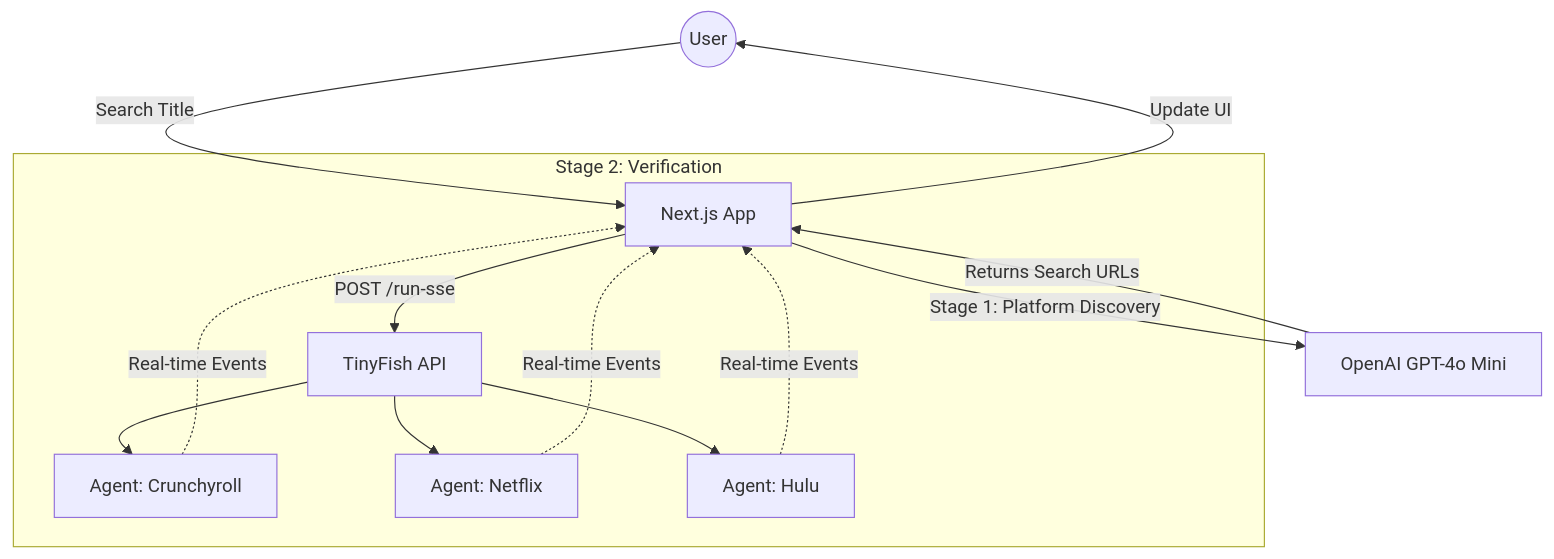
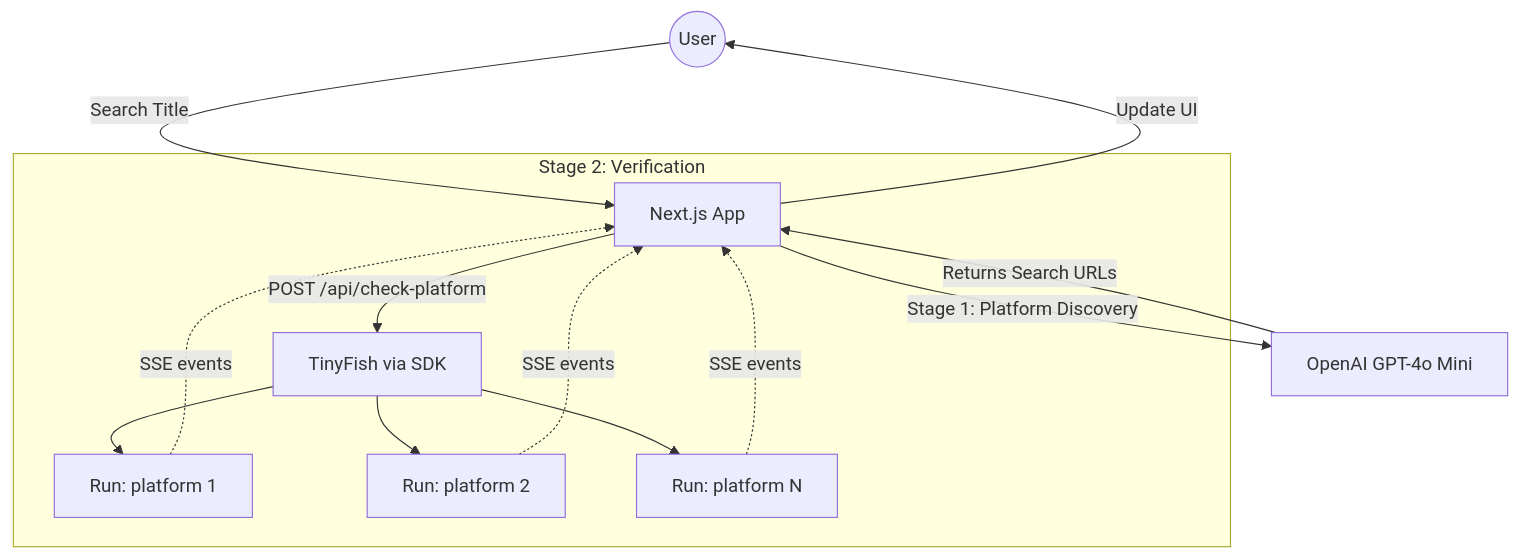
One commit to MaTriXy/tinyfish-cookbook changed the diagram in anime-watch-hub/README.md. Above: the diagram before and after it, drawn with Mermaid. The commit also changed other lines of this file and 9 other files, not shown here.

````diff
--- a/anime-watch-hub/README.md
+++ b/anime-watch-hub/README.md
@@ -96,19 +71,19 @@
 ```mermaid
 graph TD
     User((User)) -->|Search Title| FE[Next.js App]
     FE -->|Stage 1: Platform Discovery| OpenAI[OpenAI GPT-4o Mini]
     OpenAI -->|Returns Search URLs| FE
 
     subgraph TinyFish_Agents [Stage 2: Verification]
-        FE -->|POST /run-sse| API[TinyFish API]
-        API --> A1[Agent: Crunchyroll]
-        API --> A2[Agent: Netflix]
-        API --> A3[Agent: Hulu]
+        FE -->|POST /api/check-platform| API[TinyFish via SDK]
+        API --> A1[Run: platform 1]
+        API --> A2[Run: platform 2]
+        API --> A3[Run: platform N]
     end
 
-    A1 -.->|Real-time Events| FE
-    A2 -.->|Real-time Events| FE
-    A3 -.->|Real-time Events| FE
+    A1 -.->|SSE events| FE
+    A2 -.->|SSE events| FE
+    A3 -.->|SSE events| FE
 
     FE -->|Update UI| User
 ```
````
